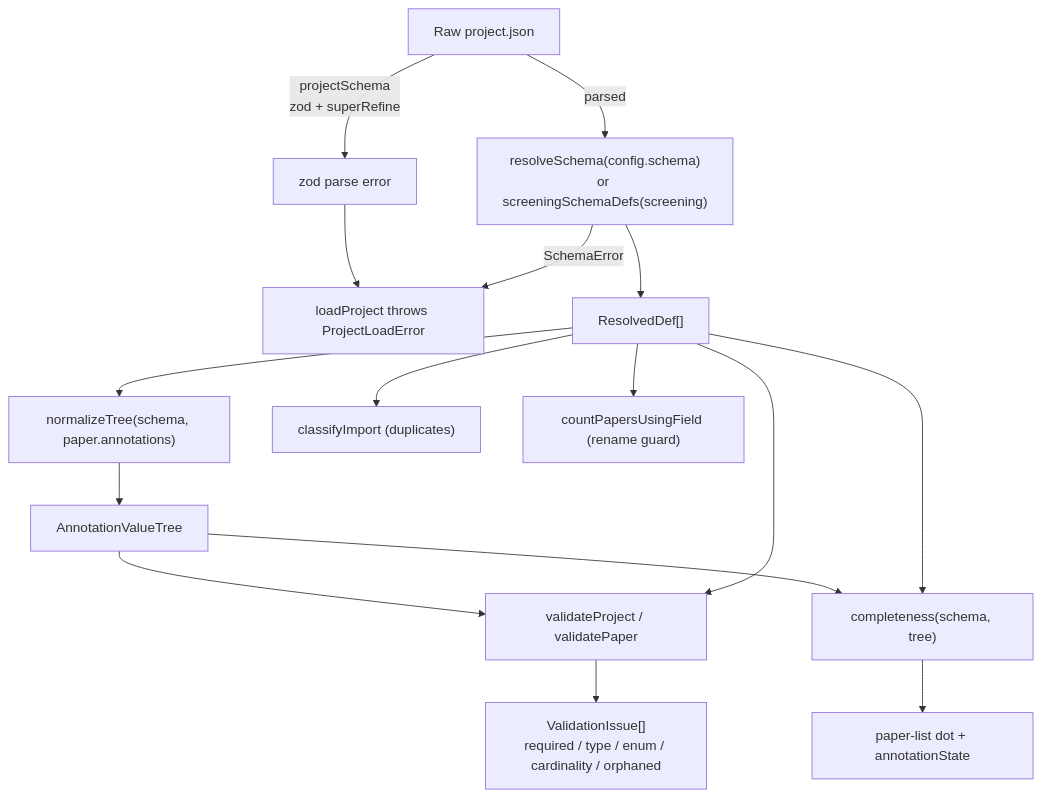
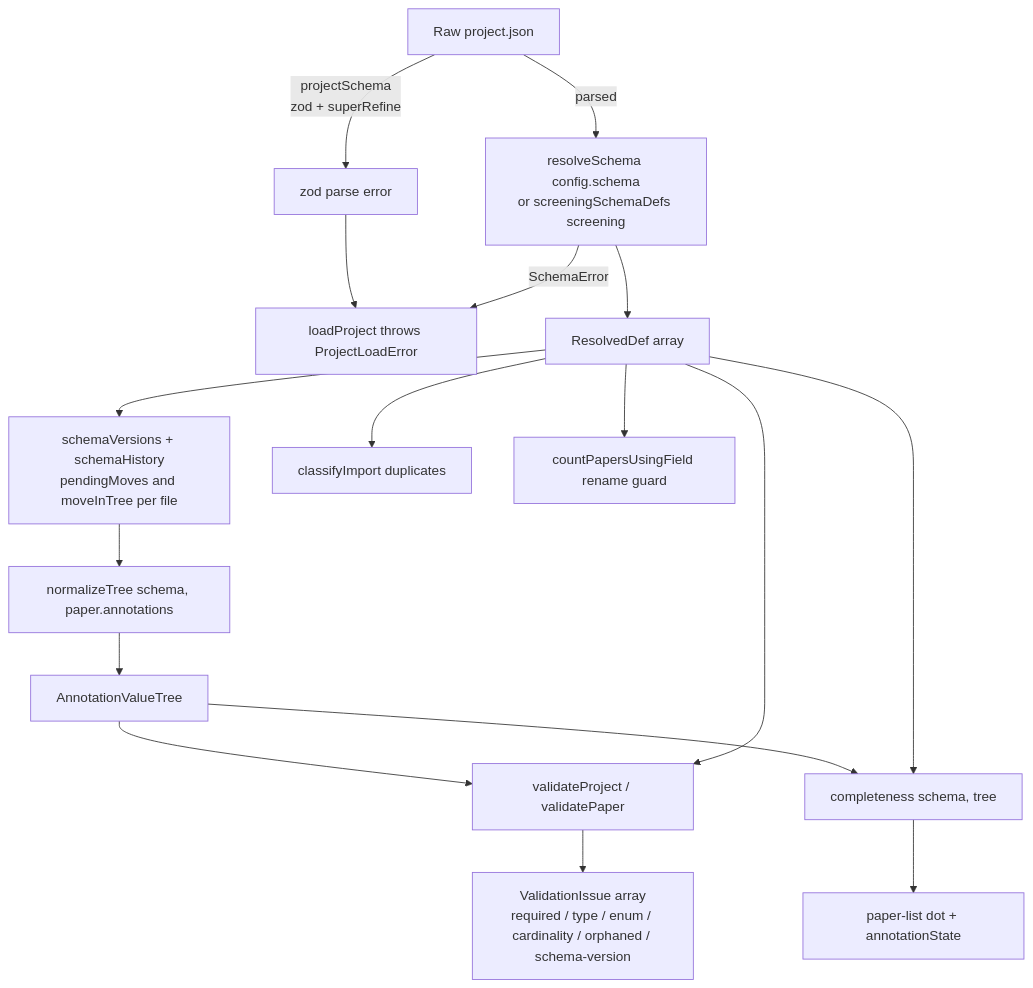
The diagram in openwiki/concepts/annotation-schema.md (Gram21/SaiLoR), drawn with Mermaid before and after one commit. The commit also changed other lines of this file and 33 other files, not shown here.

````diff
--- a/openwiki/concepts/annotation-schema.md
+++ b/openwiki/concepts/annotation-schema.md
@@ -279,18 +458,19 @@
 ```mermaid
 flowchart TD
     Raw["Raw project.json"] -->|projectSchema<br/>zod + superRefine| ZodErr["zod parse error"]
     ZodErr --> Load["loadProject throws ProjectLoadError"]
-    Raw -->|parsed| Resolve["resolveSchema(config.schema)<br/>or screeningSchemaDefs(screening)"]
+    Raw -->|parsed| Resolve["resolveSchema config.schema<br/>or screeningSchemaDefs screening"]
     Resolve -->|SchemaError| Load
-    Resolve --> Resolved["ResolvedDef[]"]
-    Resolved --> Normalize["normalizeTree(schema, paper.annotations)"]
+    Resolve --> Resolved["ResolvedDef array"]
+    Resolved --> Version["schemaVersions + schemaHistory<br/>pendingMoves and moveInTree per file"]
+    Version --> Normalize["normalizeTree schema, paper.annotations"]
     Normalize --> Tree["AnnotationValueTree"]
     Tree --> Validate["validateProject / validatePaper"]
     Resolved --> Validate
-    Validate --> Issues["ValidationIssue[]<br/>required / type / enum / cardinality / orphaned"]
-    Tree --> Complete["completeness(schema, tree)"]
+    Validate --> Issues["ValidationIssue array<br/>required / type / enum / cardinality / orphaned / schema-version"]
+    Tree --> Complete["completeness schema, tree"]
     Resolved --> Complete
     Complete --> Dot["paper-list dot + annotationState"]
-    Resolved --> Dup["classifyImport (duplicates)"]
-    Resolved --> Usage["countPapersUsingField (rename guard)"]
+    Resolved --> Dup["classifyImport duplicates"]
+    Resolved --> Usage["countPapersUsingField rename guard"]
 ```
````
